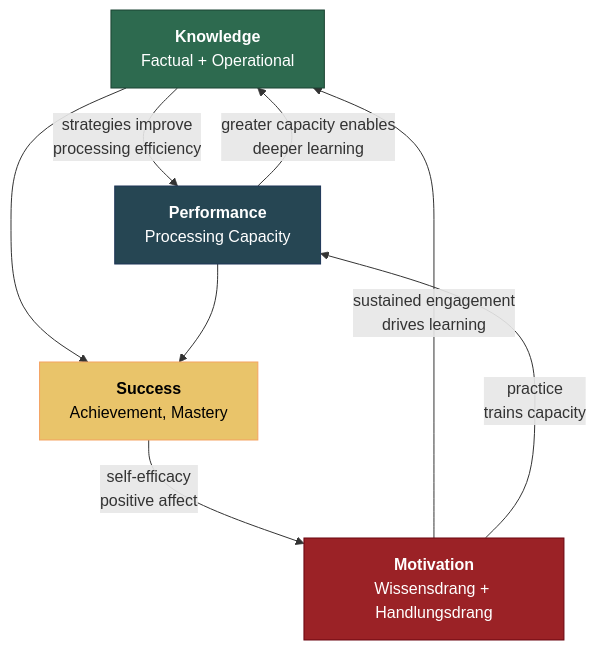
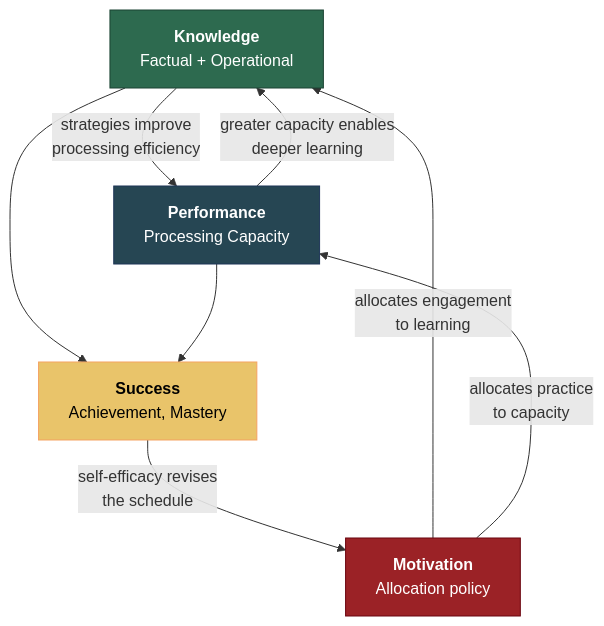
The diagram in wiki/intelligence/recursive-loop.md (JeltzProstetnic/aIware), drawn with Mermaid before and after one commit. The commit also changed other lines of this file and 124 other files, not shown here.

````diff
--- a/wiki/intelligence/recursive-loop.md
+++ b/wiki/intelligence/recursive-loop.md
@@ -41,20 +43,20 @@
 ```mermaid
 graph TD
     K["<b>Knowledge</b><br/>Factual + Operational"]
     P["<b>Performance</b><br/>Processing Capacity"]
-    M["<b>Motivation</b><br/>Wissensdrang + Handlungsdrang"]
+    M["<b>Motivation</b><br/>Allocation policy"]
     S["<b>Success</b><br/>Achievement, Mastery"]
 
     K -->|"strategies improve<br/>processing efficiency"| P
     P -->|"greater capacity enables<br/>deeper learning"| K
-    M -->|"sustained engagement<br/>drives learning"| K
-    M -->|"practice<br/>trains capacity"| P
+    M -->|"allocates engagement<br/>to learning"| K
+    M -->|"allocates practice<br/>to capacity"| P
     K --> S
     P --> S
-    S -->|"self-efficacy<br/>positive affect"| M
+    S -->|"self-efficacy revises<br/>the schedule"| M
 
     style K fill:#2d6a4f,color:#fff,stroke:#1b4332
     style P fill:#264653,color:#fff,stroke:#1d3557
     style M fill:#9b2226,color:#fff,stroke:#6a040f
     style S fill:#e9c46a,color:#000,stroke:#f4a261
 ```
````
